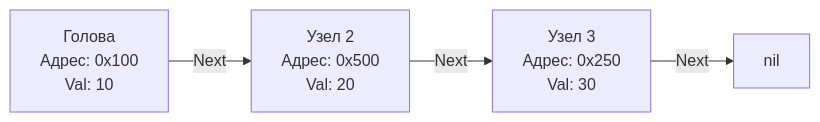
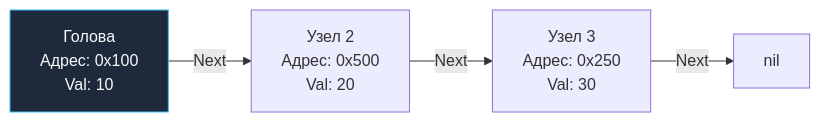
One commit to UnrealTemplier/go-textbook changed the diagram in sources/21. Задачи с LeetCode и собеседований на Go/02. Задачи/08. Связные списки/1. Теория. Связные списки.md. Above: the diagram before and after it, drawn with Mermaid. The commit also changed 1666 other files, not shown here.

First line of the commit message:
feat(mermaid): add semantic color classDef to 1369 colorless flowchart/graph diagrams

````diff
--- a/sources/21. Задачи с LeetCode и собеседований на Go/02. Задачи/08. Связные списки/1. Теория. Связные списки.md
+++ b/sources/21. Задачи с LeetCode и собеседований на Go/02. Задачи/08. Связные списки/1. Теория. Связные списки.md
@@ -13,6 +13,16 @@
 ```mermaid
 flowchart LR
-    Head["Голова<br>Адрес: 0x100<br>Val: 10"] -->|Next| Node2["Узел 2<br>Адрес: 0x500<br>Val: 20"]
+    classDef process  fill:#1e293b,stroke:#38bdf8,stroke-width:1px,color:#f8fafc
+    classDef success  fill:#064e3b,stroke:#34d399,stroke-width:1px,color:#f8fafc
+    classDef error    fill:#7f1d1d,stroke:#f87171,stroke-width:1px,color:#f8fafc
+    classDef warning  fill:#78350f,stroke:#fbbf24,stroke-width:1px,color:#f8fafc
+    classDef entry    fill:#1e3a5f,stroke:#38bdf8,stroke-width:2px,color:#f8fafc
+    classDef aux      fill:#334155,stroke:#64748b,stroke-width:1px,color:#f8fafc
+    classDef system   fill:#312e81,stroke:#a78bfa,stroke-width:1px,color:#f8fafc
+    classDef data     fill:#132d29,stroke:#2dd4bf,stroke-width:1px,color:#f8fafc
+    classDef network  fill:#881337,stroke:#fb7185,stroke-width:1px,color:#f8fafc
+    classDef accent   fill:#1e1b4b,stroke:#818cf8,stroke-width:1px,color:#f8fafc
+    Head["Голова<br>Адрес: 0x100<br>Val: 10"]:::process -->|Next| Node2["Узел 2<br>Адрес: 0x500<br>Val: 20"]
     Node2 -->|Next| Node3["Узел 3<br>Адрес: 0x250<br>Val: 30"]
     Node3 -->|Next| Nil["nil"]
 ```
````
